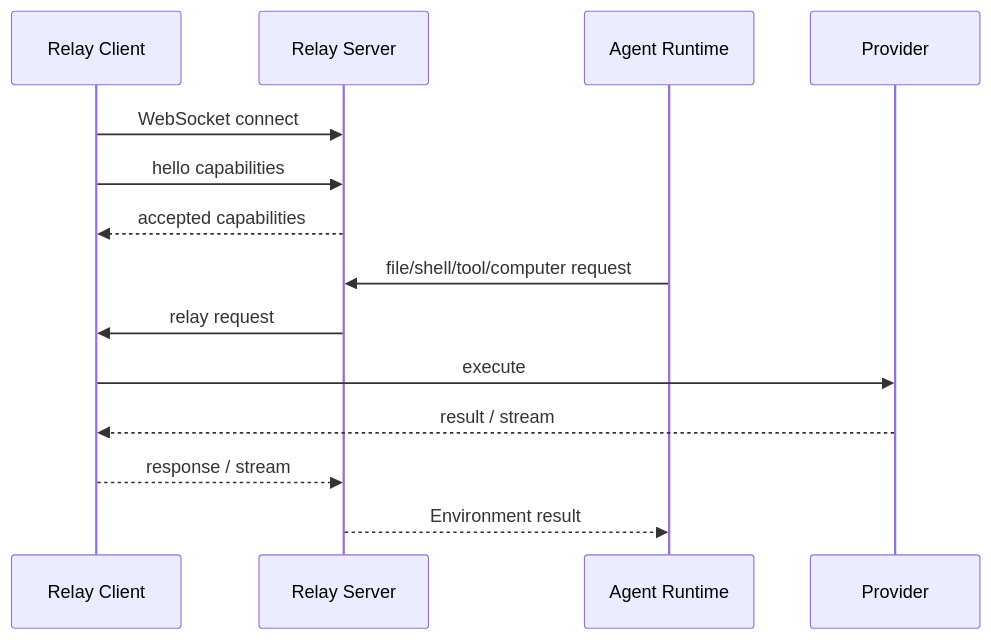
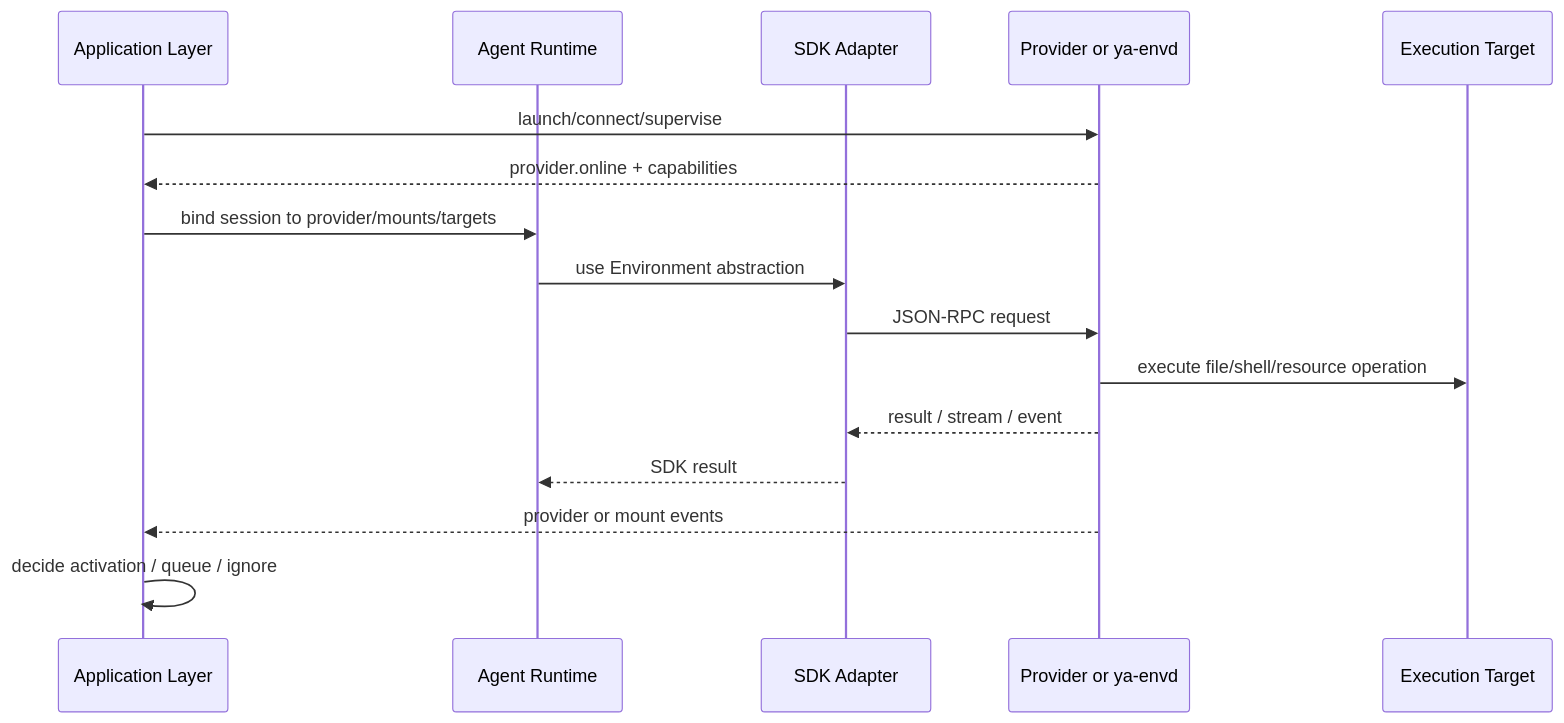
One commit to Alexsu26/ya-mono changed the second of 2 diagrams in packages/ya-environment-relay/spec/01-overview.md. Above: the diagram before and after it, drawn with Mermaid. The commit also changed other lines of this file and 108 other files, not shown here.

````diff
--- a/packages/ya-environment-relay/spec/01-overview.md
+++ b/packages/ya-environment-relay/spec/01-overview.md
@@ -121,17 +232,19 @@
 ```mermaid
 sequenceDiagram
-    participant Client as Relay Client
-    participant Server as Relay Server
+    participant App as Application Layer
     participant Runtime as Agent Runtime
-    participant Provider as Provider
+    participant Adapter as SDK Adapter
+    participant Provider as Provider or ya-envd
+    participant Target as Execution Target
 
-    Client->>Server: WebSocket connect
-    Client->>Server: hello capabilities
-    Server-->>Client: accepted capabilities
-    Runtime->>Server: file/shell/tool/computer request
-    Server->>Client: relay request
-    Client->>Provider: execute
-    Provider-->>Client: result / stream
-    Client-->>Server: response / stream
-    Server-->>Runtime: Environment result
+    App->>Provider: launch/connect/supervise
+    Provider-->>App: provider.online + capabilities
+    App->>Runtime: bind session to provider/mounts/targets
+    Runtime->>Adapter: use Environment abstraction
+    Adapter->>Provider: JSON-RPC request
+    Provider->>Target: execute file/shell/resource operation
+    Provider-->>Adapter: result / stream / event
+    Adapter-->>Runtime: SDK result
+    Provider-->>App: provider or mount events
+    App->>App: decide activation / queue / ignore
 ```
````
